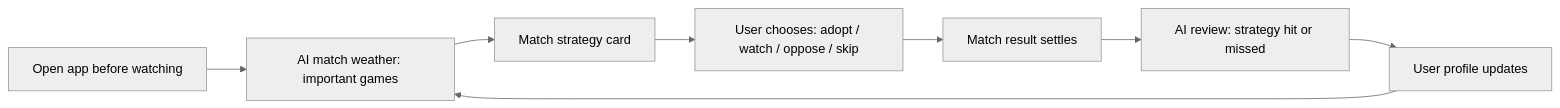
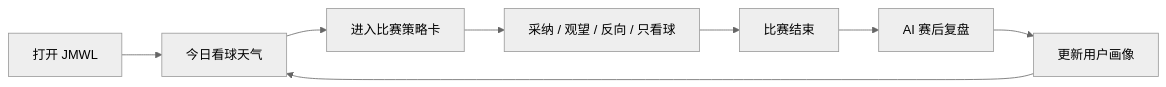
Before and after one commit to qianzhu18/worldcup: the diagram in docs/PRD-AI-Sports-Watch-Companion.md, drawn with Mermaid (neutral theme). The commit also changed other lines of this file, not shown here.

````diff
--- a/docs/PRD-AI-Sports-Watch-Companion.md
+++ b/docs/PRD-AI-Sports-Watch-Companion.md
@@ -157,10 +162,10 @@
 ```mermaid
 flowchart LR
-  A["Open app before watching"] --> B["AI match weather: important games"]
-  B --> C["Match strategy card"]
-  C --> D["User chooses: adopt / watch / oppose / skip"]
-  D --> E["Match result settles"]
-  E --> F["AI review: strategy hit or missed"]
-  F --> G["User profile updates"]
+  A["打开 JMWL"] --> B["今日看球天气"]
+  B --> C["进入比赛策略卡"]
+  C --> D["采纳 / 观望 / 反向 / 只看球"]
+  D --> E["比赛结束"]
+  E --> F["AI 赛后复盘"]
+  F --> G["更新用户画像"]
   G --> B
 ```
````
